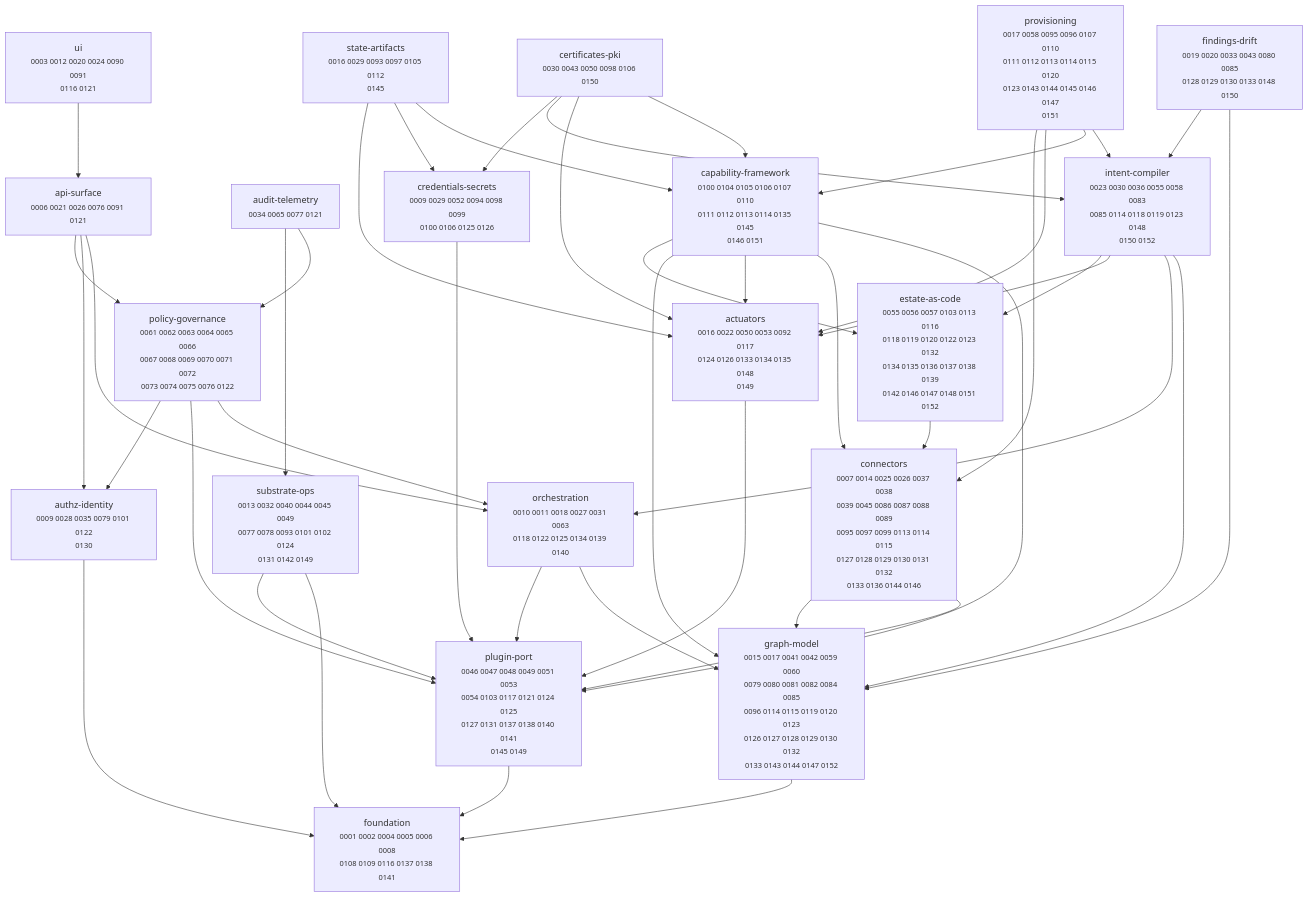
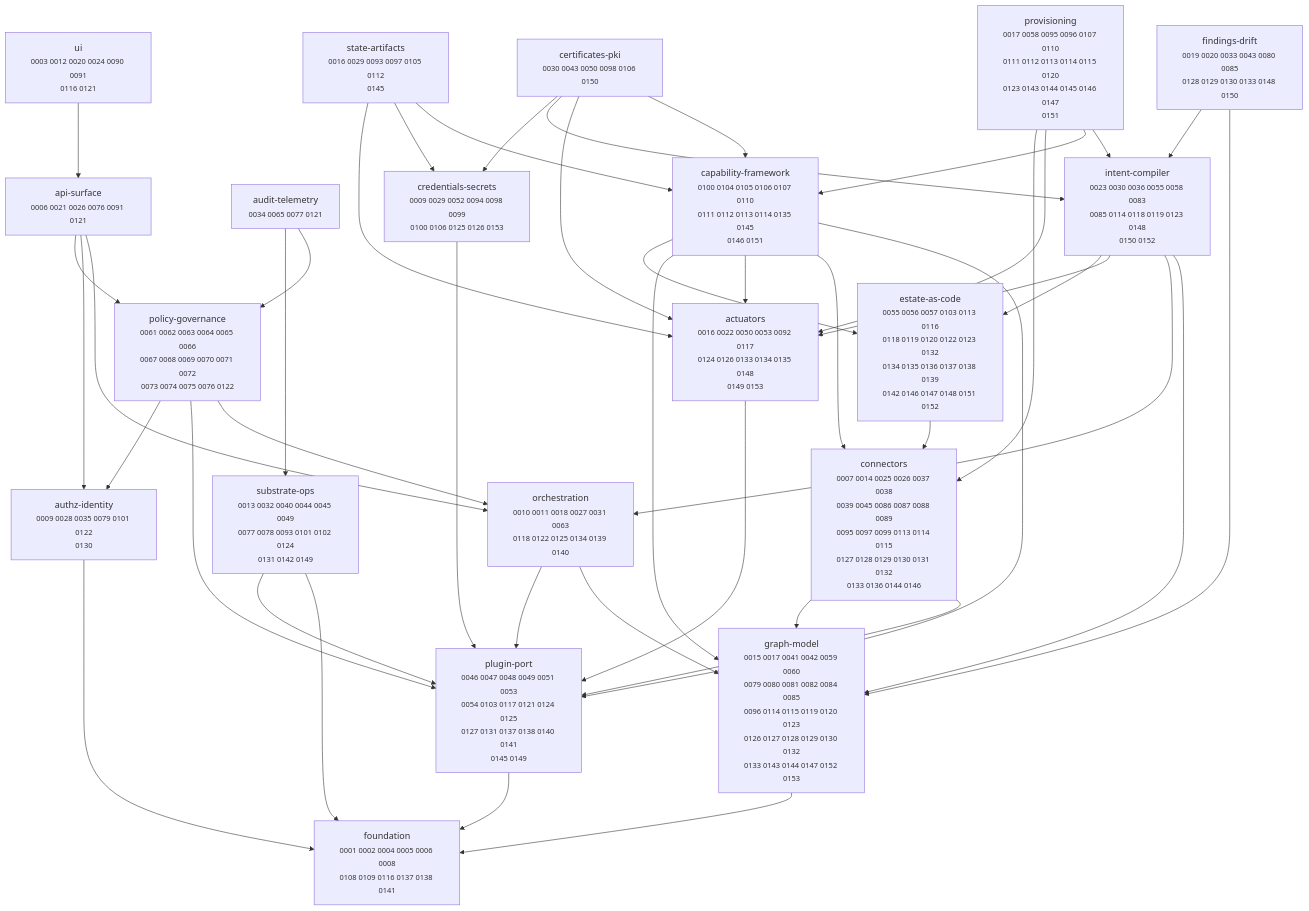
One commit to dstout-devops/stratt changed the diagram in docs/adr/MAP.md. Above: the diagram before and after it, drawn with Mermaid. The commit also changed other lines of this file and 15 other files, not shown here.

````diff
--- a/docs/adr/MAP.md
+++ b/docs/adr/MAP.md
@@ -11,67 +11,67 @@
 ```mermaid
 graph TD
-  actuators["actuators<br/><small>0016 0022 0050 0053 0092 0117<br/>0124 0126 0133 0134 0135 0148<br/>0149</small>"]
+  actuators["actuators<br/><small>0016 0022 0050 0053 0092 0117<br/>0124 0126 0133 0134 0135 0148<br/>0149 0153</small>"]
   api_surface["api-surface<br/><small>0006 0021 0026 0076 0091 0121</small>"]
   audit_telemetry["audit-telemetry<br/><small>0034 0065 0077 0121</small>"]
   authz_identity["authz-identity<br/><small>0009 0028 0035 0079 0101 0122<br/>0130</small>"]
   capability_framework["capability-framework<br/><small>0100 0104 0105 0106 0107 0110<br/>0111 0112 0113 0114 0135 0145<br/>0146 0151</small>"]
   certificates_pki["certificates-pki<br/><small>0030 0043 0050 0098 0106 0150</small>"]
   connectors["connectors<br/><small>0007 0014 0025 0026 0037 0038<br/>0039 0045 0086 0087 0088 0089<br/>0095 0097 0099 0113 0114 0115<br/>0127 0128 0129 0130 0131 0132<br/>0133 0136 0144 0146</small>"]
-  credentials_secrets["credentials-secrets<br/><small>0009 0029 0052 0094 0098 0099<br/>0100 0106 0125 0126</small>"]
+  credentials_secrets["credentials-secrets<br/><small>0009 0029 0052 0094 0098 0099<br/>0100 0106 0125 0126 0153</small>"]
   estate_as_code["estate-as-code<br/><small>0055 0056 0057 0103 0113 0116<br/>0118 0119 0120 0122 0123 0132<br/>0134 0135 0136 0137 0138 0139<br/>0142 0146 0147 0148 0151 0152</small>"]
   findings_drift["findings-drift<br/><small>0019 0020 0033 0043 0080 0085<br/>0128 0129 0130 0133 0148 0150</small>"]
   foundation["foundation<br/><small>0001 0002 0004 0005 0006 0008<br/>0108 0109 0116 0137 0138 0141</small>"]
-  graph_model["graph-model<br/><small>0015 0017 0041 0042 0059 0060<br/>0079 0080 0081 0082 0084 0085<br/>0096 0114 0115 0119 0120 0123<br/>0126 0127 0128 0129 0130 0132<br/>0133 0143 0144 0147 0152</small>"]
+  graph_model["graph-model<br/><small>0015 0017 0041 0042 0059 0060<br/>0079 0080 0081 0082 0084 0085<br/>0096 0114 0115 0119 0120 0123<br/>0126 0127 0128 0129 0130 0132<br/>0133 0143 0144 0147 0152 0153</small>"]
   intent_compiler["intent-compiler<br/><small>0023 0030 0036 0055 0058 0083<br/>0085 0114 0118 0119 0123 0148<br/>0150 0152</small>"]
   orchestration["orchestration<br/><small>0010 0011 0018 0027 0031 0063<br/>0118 0122 0125 0134 0139 0140</small>"]
   plugin_port["plugin-port<br/><small>0046 0047 0048 0049 0051 0053<br/>0054 0103 0117 0121 0124 0125<br/>0127 0131 0137 0138 0140 0141<br/>0145 0149</small>"]
   policy_governance["policy-governance<br/><small>0061 0062 0063 0064 0065 0066<br/>0067 0068 0069 0070 0071 0072<br/>0073 0074 0075 0076 0122</small>"]
   provisioning["provisioning<br/><small>0017 0058 0095 0096 0107 0110<br/>0111 0112 0113 0114 0115 0120<br/>0123 0143 0144 0145 0146 0147<br/>0151</small>"]
   state_artifacts["state-artifacts<br/><small>0016 0029 0093 0097 0105 0112<br/>0145</small>"]
   substrate_ops["substrate-ops<br/><small>0013 0032 0040 0044 0045 0049<br/>0077 0078 0093 0101 0102 0124<br/>0131 0142 0149</small>"]
   ui["ui<br/><small>0003 0012 0020 0024 0090 0091<br/>0116 0121</small>"]
 
   actuators --> plugin_port
   api_surface --> orchestration
   api_surface --> authz_identity
   api_surface --> policy_governance
   audit_telemetry --> policy_governance
   audit_telemetry --> substrate_ops
   authz_identity --> foundation
   capability_framework --> plugin_port
   capability_framework --> connectors
   capability_framework --> actuators
   capability_framework --> graph_model
   capability_framework --> estate_as_code
   certificates_pki --> capability_framework
   certificates_pki --> actuators
   certificates_pki --> intent_compiler
   certificates_pki --> credentials_secrets
   connectors --> plugin_port
   connectors --> graph_model
   credentials_secrets --> plugin_port
   estate_as_code --> connectors
   findings_drift --> graph_model
   findings_drift --> intent_compiler
   graph_model --> foundation
   intent_compiler --> graph_model
   intent_compiler --> orchestration
   intent_compiler --> actuators
   intent_compiler --> estate_as_code
   orchestration --> graph_model
   orchestration --> plugin_port
   plugin_port --> foundation
   policy_governance --> orchestration
   policy_governance --> plugin_port
   policy_governance --> authz_identity
   provisioning --> intent_compiler
   provisioning --> capability_framework
   provisioning --> actuators
   provisioning --> connectors
   state_artifacts --> capability_framework
   state_artifacts --> credentials_secrets
   state_artifacts --> actuators
   substrate_ops --> foundation
   substrate_ops --> plugin_port
   ui --> api_surface
 ```
````
